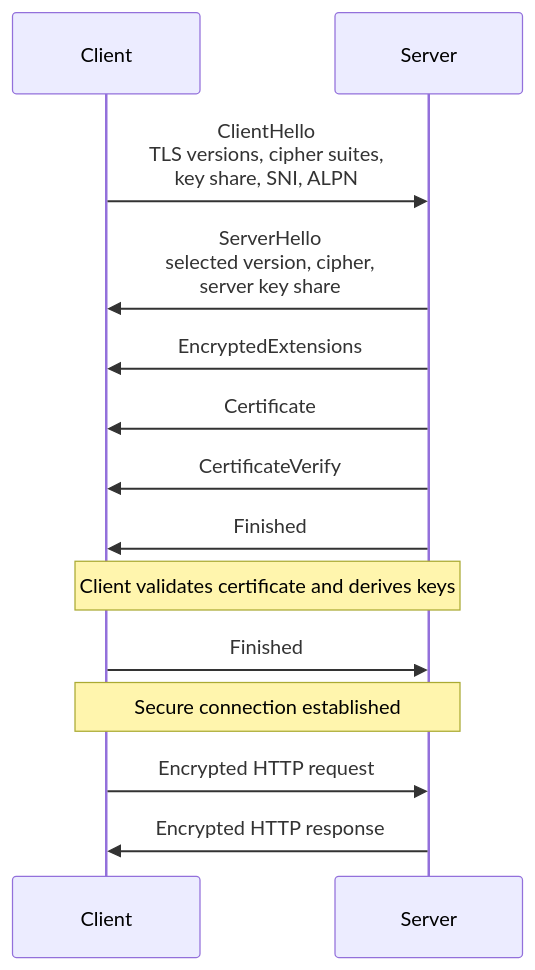
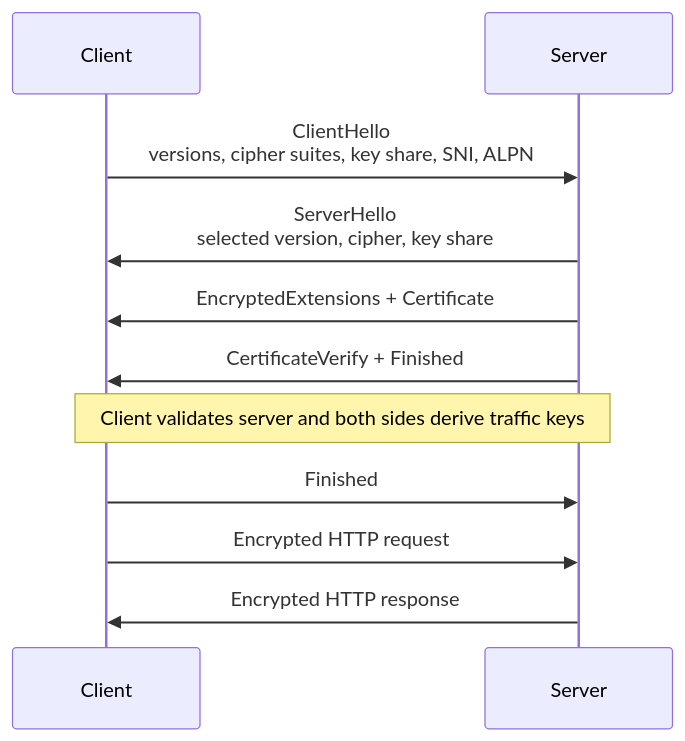
The first of 5 diagrams in src/content/security/https-tls-basics.md (AvadhBhalodiya/Interview-Preparation), drawn with Mermaid before and after one commit. The commit also changed other lines of this file and 54 other files, not shown here.

````diff
--- a/src/content/security/https-tls-basics.md
+++ b/src/content/security/https-tls-basics.md
@@ -21,17 +21,14 @@
 ```mermaid
 sequenceDiagram
     participant C as Client
     participant S as Server
 
-    C->>S: ClientHello<br/>TLS versions, cipher suites,<br/>key share, SNI, ALPN
-    S->>C: ServerHello<br/>selected version, cipher,<br/>server key share
-    S->>C: EncryptedExtensions
-    S->>C: Certificate
-    S->>C: CertificateVerify
-    S->>C: Finished
-    Note over C,S: Client validates certificate and derives keys
+    C->>S: ClientHello<br/>versions, cipher suites, key share, SNI, ALPN
+    S->>C: ServerHello<br/>selected version, cipher, key share
+    S->>C: EncryptedExtensions + Certificate
+    S->>C: CertificateVerify + Finished
+    Note over C,S: Client validates server and both sides derive traffic keys
     C->>S: Finished
-    Note over C,S: Secure connection established
     C->>S: Encrypted HTTP request
     S->>C: Encrypted HTTP response
 ```
````
